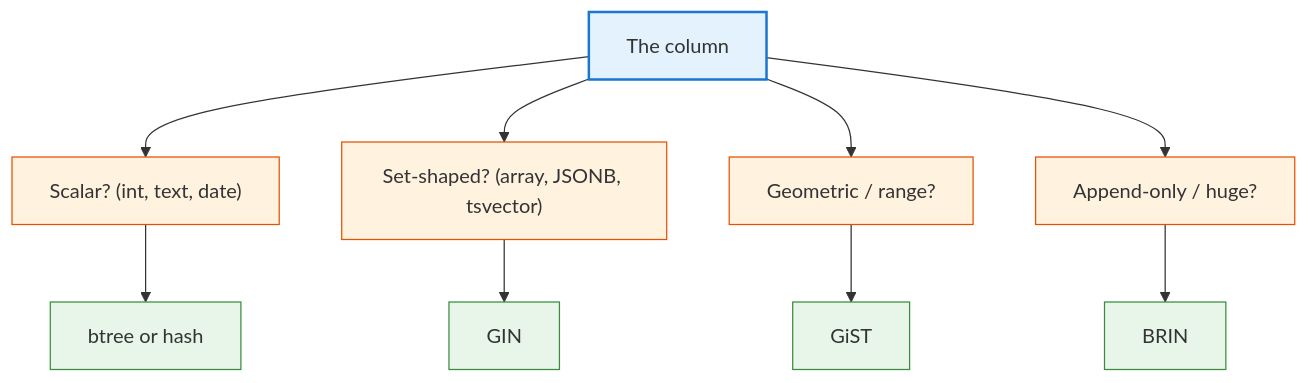
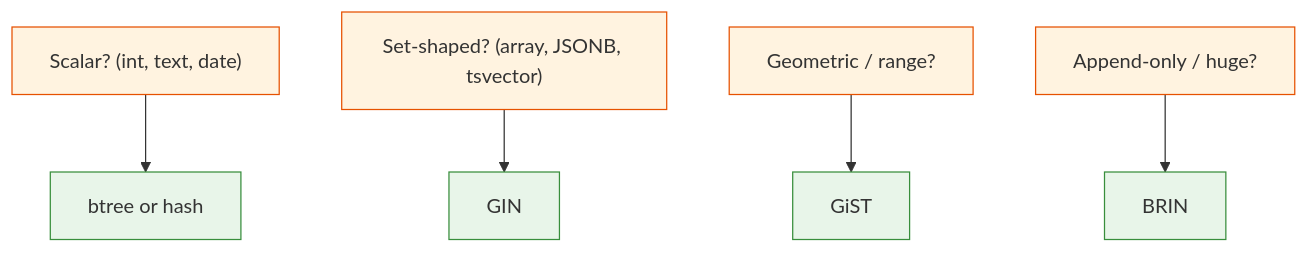
The second of 6 diagrams in lecture-outlines/day28-postgresql-indexes/slides.md (ufdatastudio/cop5725fa26), drawn with Mermaid before and after one commit. The commit also changed other lines of this file and 50 other files, not shown here.

````diff
--- a/lecture-outlines/day28-postgresql-indexes/slides.md
+++ b/lecture-outlines/day28-postgresql-indexes/slides.md
@@ -114,22 +108,11 @@
 ```mermaid
 graph TB
-  C["The column"]
-  S["Scalar? (int, text, date)"]
-  V["Set-shaped? (array, JSONB, tsvector)"]
-  G["Geometric / range?"]
-  A["Append-only / huge?"]
-  C --> S
-  C --> V
-  C --> G
-  C --> A
-  S --> BTH["btree or hash"]
-  V --> GIN["GIN"]
-  G --> GST["GiST"]
-  A --> BRN["BRIN"]
-  classDef root fill:#e3f2fd,stroke:#1976d2,stroke-width:2px
+  S["Scalar? (int, text, date)"] --> BTH["btree or hash"]
+  V["Set-shaped? (array, JSONB, tsvector)"] --> GIN["GIN"]
+  G["Geometric / range?"] --> GST["GiST"]
+  A["Append-only / huge?"] --> BRN["BRIN"]
   classDef q fill:#fff3e0,stroke:#e65100
   classDef opt fill:#e8f5e9,stroke:#388e3c
-  class C root
   class S,V,G,A q
   class BTH,GIN,GST,BRN opt
 ```
````
